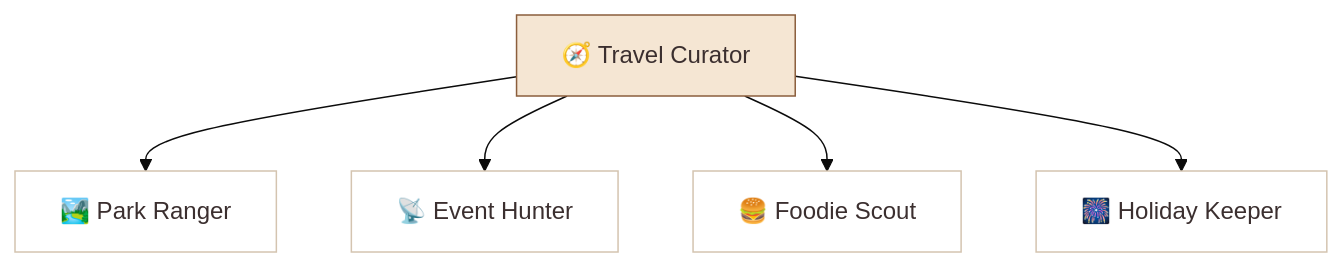
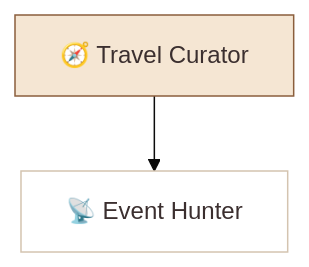
The diagram in usa-travel-planner/org-chart.mermaid (hilash/cabinets), drawn with Mermaid (base theme) before and after one commit. The commit also changed 7 other files, not shown here.

```diff
--- a/usa-travel-planner/org-chart.mermaid
+++ b/usa-travel-planner/org-chart.mermaid
@@ -1,17 +1,8 @@
 graph TD
     Curator["🧭 Travel Curator"]
-    Ranger["🏞️ Park Ranger"]
     Hunter["📡 Event Hunter"]
-    Foodie["🍔 Foodie Scout"]
-    Holiday["🎆 Holiday Keeper"]
 
-    Curator --> Ranger
     Curator --> Hunter
-    Curator --> Foodie
-    Curator --> Holiday
 
     style Curator fill:#F5E6D3,stroke:#8B5E3C,color:#3B2F2F
-    style Ranger fill:#fff,stroke:#D4C4B0,color:#3B2F2F
     style Hunter fill:#fff,stroke:#D4C4B0,color:#3B2F2F
-    style Foodie fill:#fff,stroke:#D4C4B0,color:#3B2F2F
-    style Holiday fill:#fff,stroke:#D4C4B0,color:#3B2F2F
```
